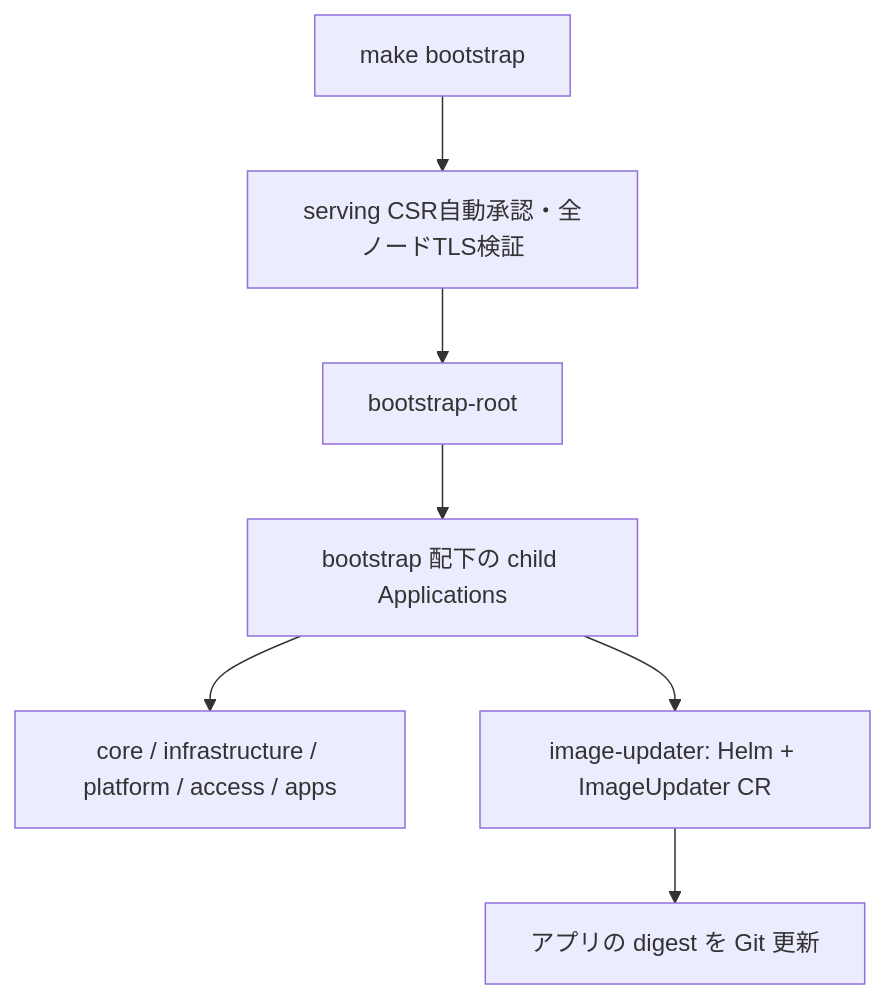
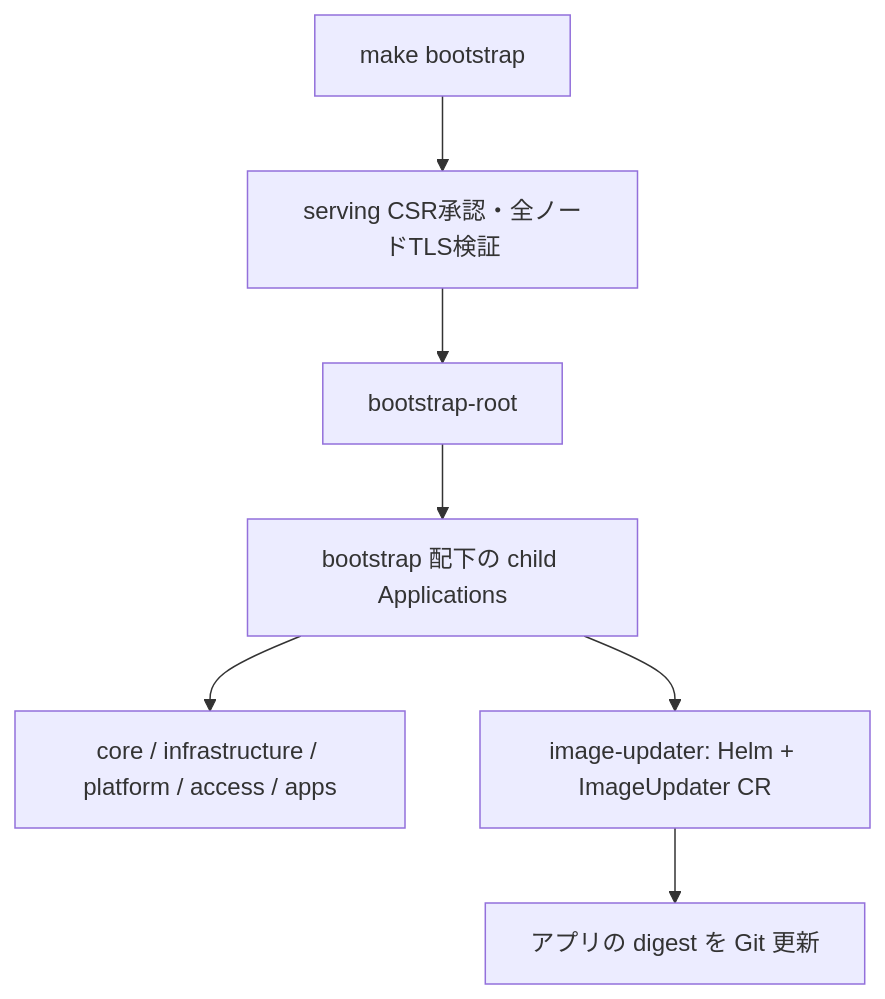
The diagram in docs/diagrams/app-of-apps-sync-wave.md (home-lab-ksera/home-lab-k8s), drawn with Mermaid before and after one commit. The commit also changed other lines of this file and 18 other files, not shown here.

````diff
--- a/docs/diagrams/app-of-apps-sync-wave.md
+++ b/docs/diagrams/app-of-apps-sync-wave.md
@@ -9,9 +9,9 @@
 ```mermaid
 flowchart TD
-  Bootstrap[make bootstrap] --> Serving[serving CSR自動承認・全ノードTLS検証]
+  Bootstrap[make bootstrap] --> Serving[serving CSR承認・全ノードTLS検証]
   Serving --> Root[bootstrap-root]
   Root --> Child[bootstrap 配下の child Applications]
   Child --> Workload[core / infrastructure / platform / access / apps]
   Child --> Updater[image-updater: Helm + ImageUpdater CR]
   Updater --> Git[アプリの digest を Git 更新]
 ```
````
